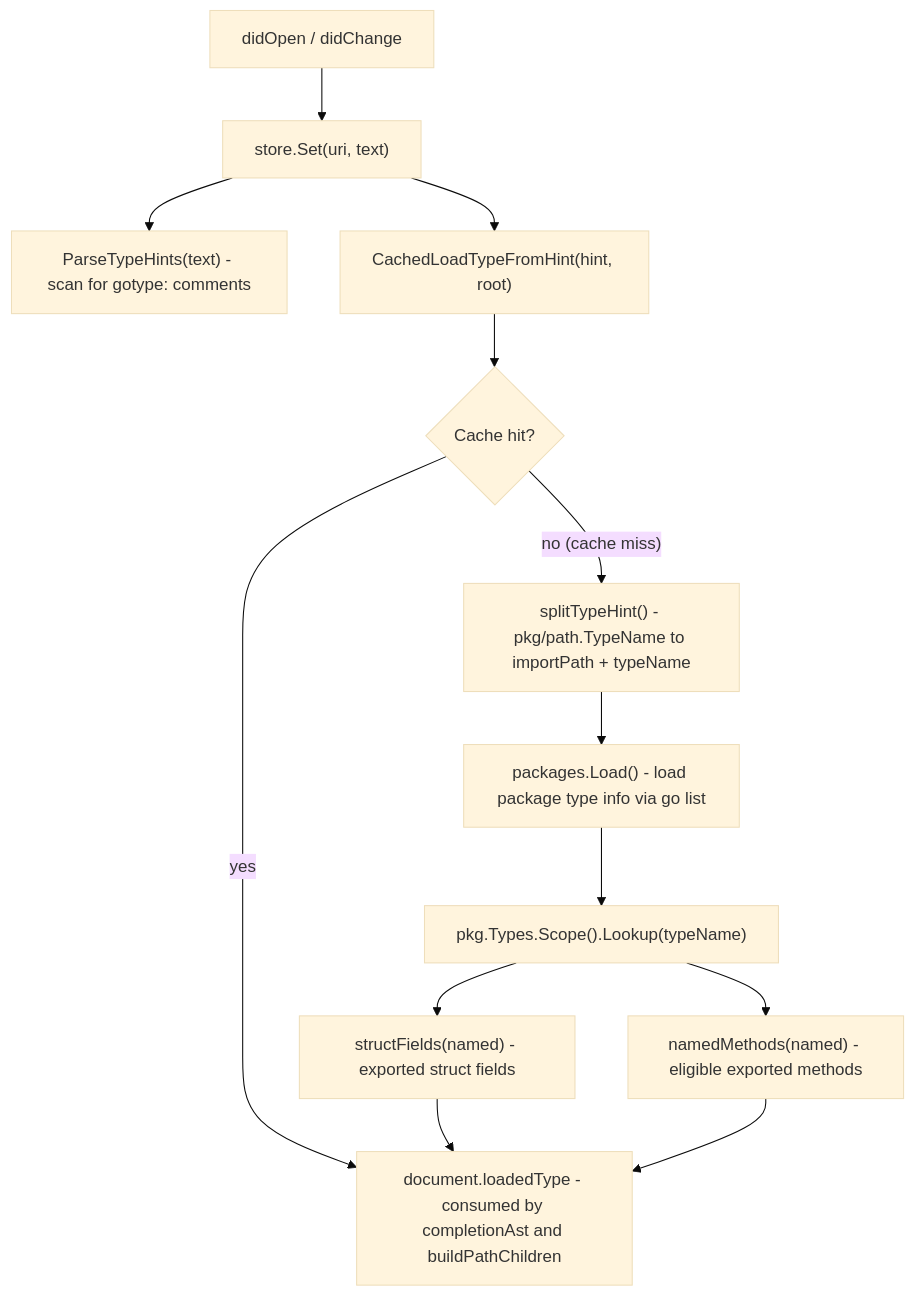
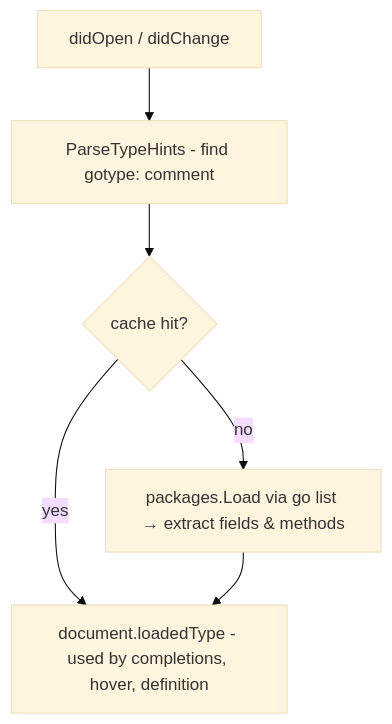
One commit to allseas/go-template-lsp changed the diagram in docs/features/type_hints.md. Above: the diagram before and after it, drawn with Mermaid (base theme). The commit also changed 6 other files, not shown here.

Commit message:
docs: simplified the flowcharts

````diff
--- a/docs/features/type_hints.md
+++ b/docs/features/type_hints.md
@@ -20,15 +20,8 @@
 ```mermaid
 flowchart TD
-    A["didOpen / didChange"] --> B["store.Set(uri, text)"]
-    B --> C["ParseTypeHints(text) - scan for gotype: comments"]
-    B --> D["CachedLoadTypeFromHint(hint, root)"]
-    D --> E{"Cache hit?"}
-    E -->|yes| J
-    E -->|"no (cache miss)"| F["splitTypeHint() - pkg/path.TypeName to importPath + typeName"]
-    F --> G["packages.Load() - load package type info via go list"]
-    G --> H["pkg.Types.Scope().Lookup(typeName)"]
-    H --> I1["structFields(named) - exported struct fields"]
-    H --> I2["namedMethods(named) - eligible exported methods"]
-    I1 --> J["document.loadedType - consumed by completionAst and buildPathChildren"]
-    I2 --> J
+    A["didOpen / didChange"] --> B["ParseTypeHints - find gotype: comment"]
+    B --> C{"cache hit?"}
+    C -->|yes| E
+    C -->|no| D["packages.Load via go list → extract fields & methods"]
+    D --> E["document.loadedType - used by completions, hover, definition"]
 ```
````
